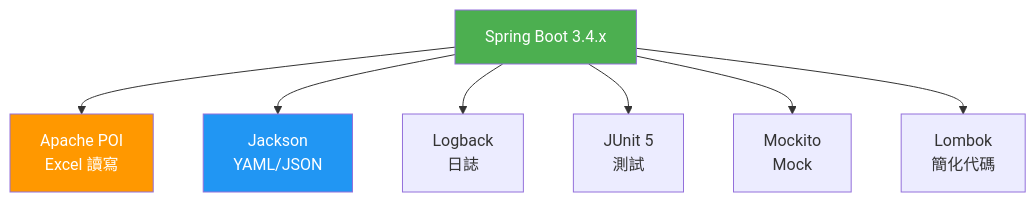
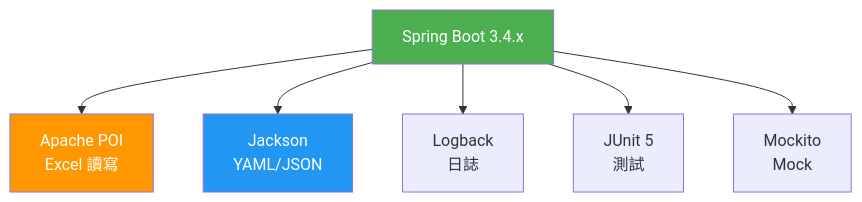
Before and after one commit to seawaterfoods/excel-report-integration-engine: the fifth of 5 diagrams in docs/02-系統架構圖.md, drawn with Mermaid. The commit also changed 4 other files, not shown here.

````diff
--- a/docs/02-系統架構圖.md
+++ b/docs/02-系統架構圖.md
@@ -186,21 +186,19 @@
 ```mermaid
 graph TD
     SB["Spring Boot 3.4.x"]
     POI["Apache POI<br/>Excel 讀寫"]
     JACK["Jackson<br/>YAML/JSON"]
     LOGB["Logback<br/>日誌"]
     JUNIT["JUnit 5<br/>測試"]
     MOCK["Mockito<br/>Mock"]
-    LOMBOK["Lombok<br/>簡化代碼"]
 
     SB --> POI
     SB --> JACK
     SB --> LOGB
     SB --> JUNIT
     SB --> MOCK
-    SB --> LOMBOK
 
     style SB fill:#4caf50,color:#fff
     style POI fill:#ff9800,color:#fff
     style JACK fill:#2196f3,color:#fff
 ```
````
